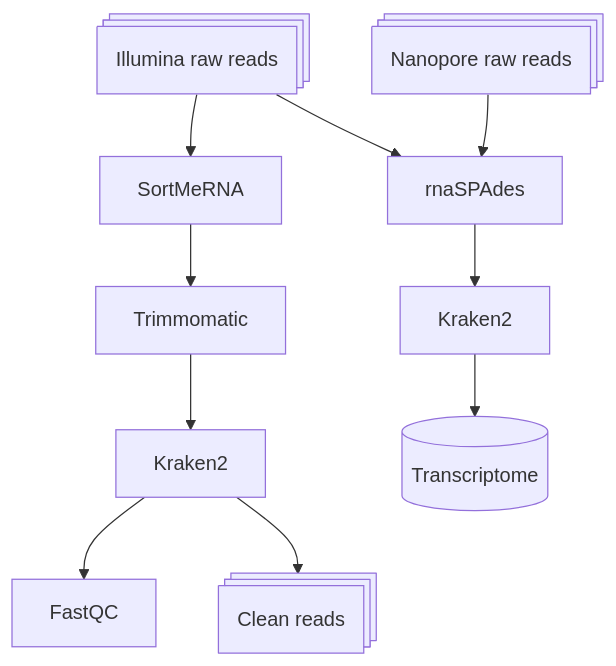
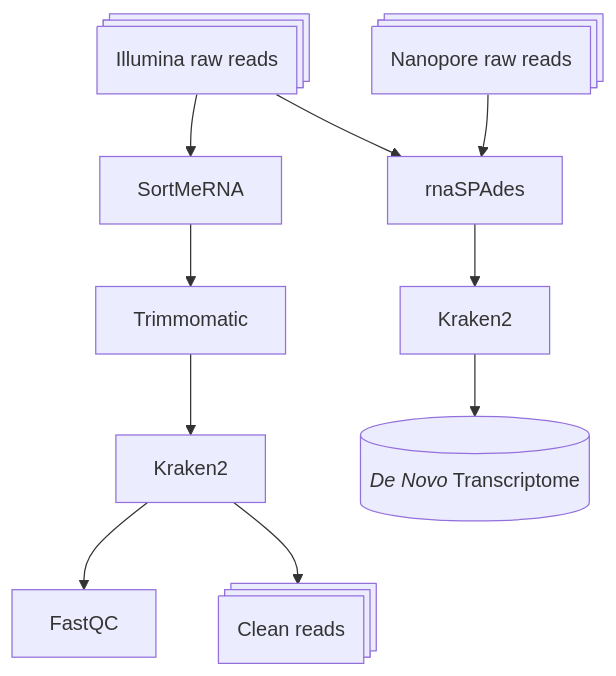
Before and after one commit to kuprinak/Phragmites_drought_RNAseq: the diagram in README.md, drawn with Mermaid.

````diff
--- a/README.md
+++ b/README.md
@@ -6,12 +6,12 @@
 ```mermaid
 flowchart TB
     A@{shape: procs, label: "Illumina raw reads"} --> B[SortMeRNA];
     B --> C[Trimmomatic];
     C --> K[Kraken2];
     K --> E[FastQC];
     K --> F@{shape: procs, label: "Clean reads"};
     A --> G[rnaSPAdes];
     AA@{shape: procs, label: "Nanopore raw reads"} --> G[rnaSPAdes];
     G --> K2[Kraken2];
-    K2 -->T@{shape: cyl, label: "Transcriptome"};
+    K2 -->T@{shape: cyl, label: "_De Novo_ Transcriptome"};
 ```
````
